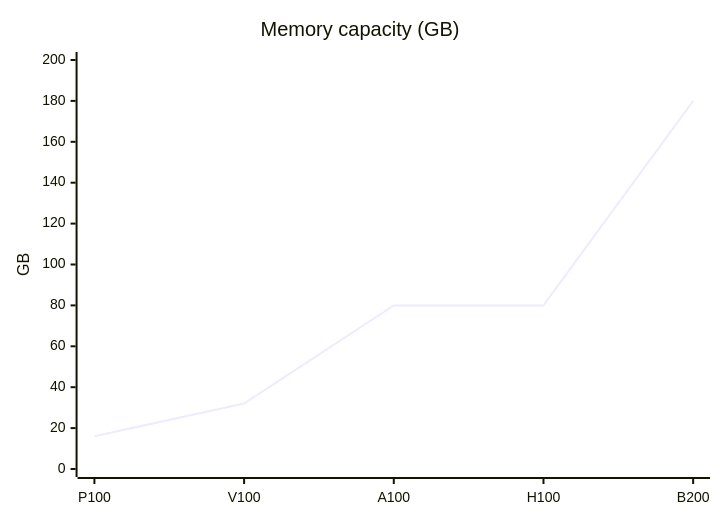
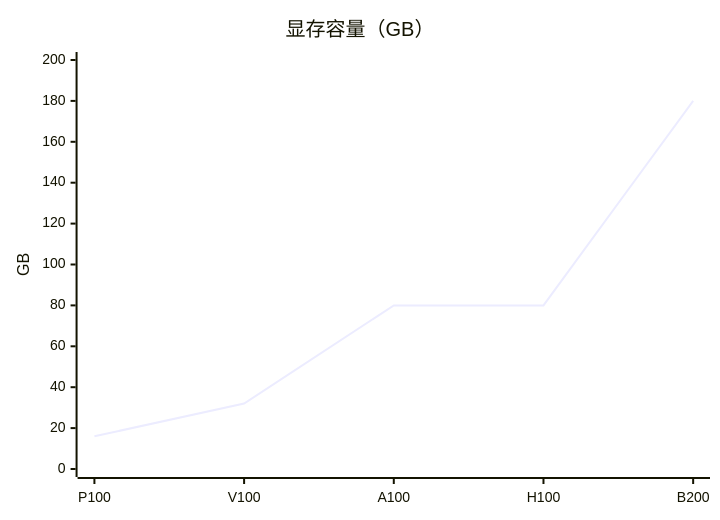
The fourth of 13 diagrams in src/content/posts/nvidia-gpu-architectures.md (lxy-alexander/VoidIndex), drawn with Mermaid before and after one commit. The commit also changed other lines of this file and 4 other files, not shown here.

````diff
--- a/src/content/posts/nvidia-gpu-architectures.md
+++ b/src/content/posts/nvidia-gpu-architectures.md
@@ -57,7 +57,7 @@
 ```mermaid
 xychart-beta
-  title "Memory capacity (GB)"
+  title "显存容量（GB）"
   x-axis [P100, V100, A100, H100, B200]
   y-axis "GB" 0 --> 200
   line [16, 32, 80, 80, 180]
 ```
````
